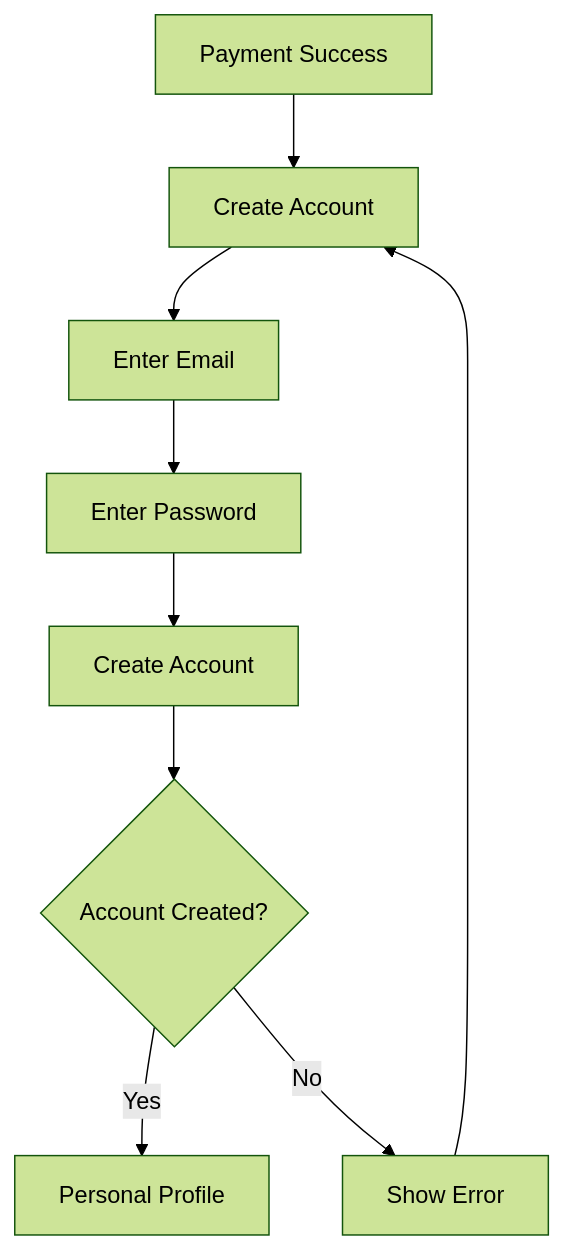
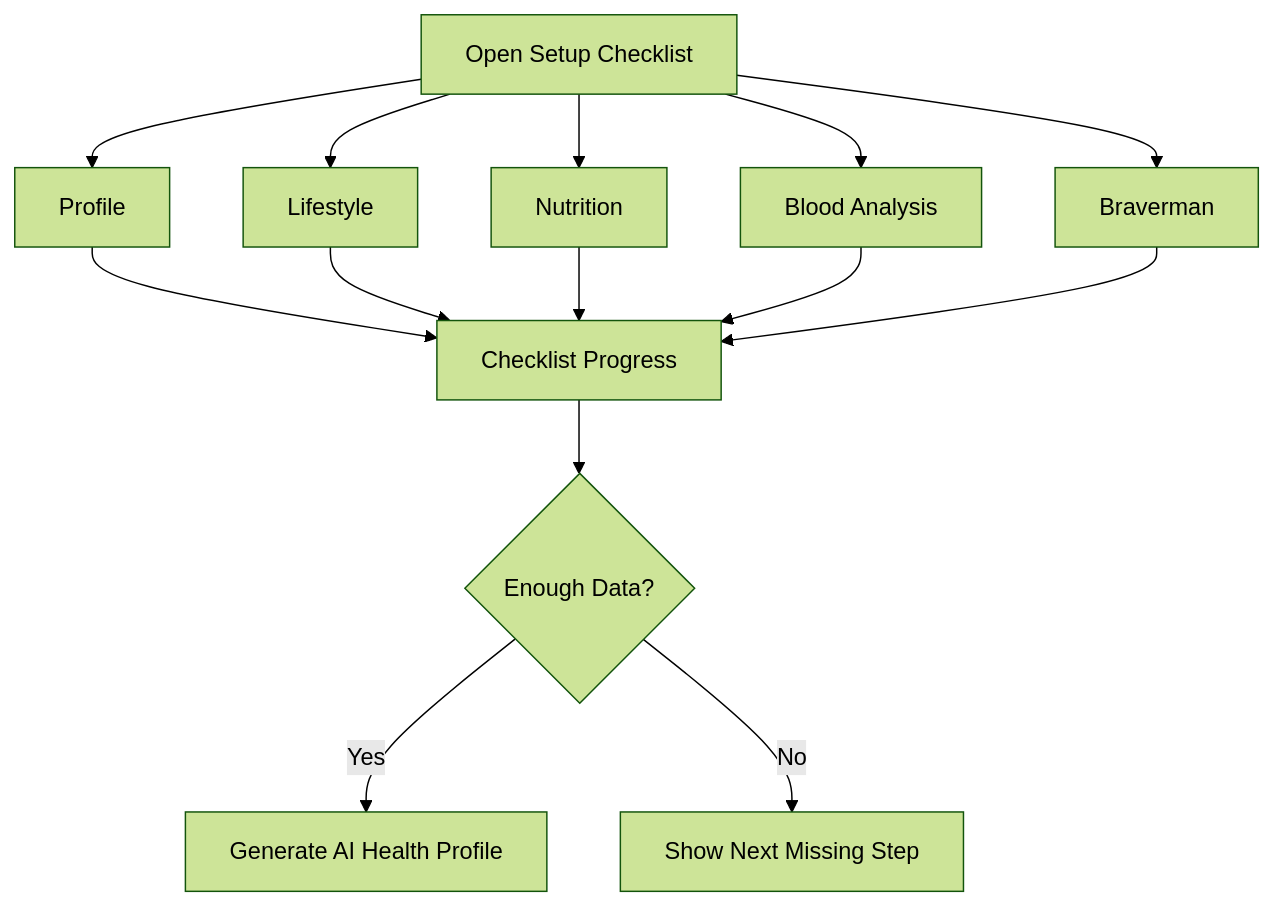
The fourth of 20 diagrams in docs/USER_FLOW.md (Yaroslavkukin/HealthCoach), drawn with Mermaid (forest theme) before and after one commit. The commit also changed other lines of this file and 20 other files, not shown here.

````diff
--- a/docs/USER_FLOW.md
+++ b/docs/USER_FLOW.md
@@ -314,11 +181,16 @@
 ```mermaid
 flowchart TD
-    A[Payment Success] --> B[Create Account]
-    B --> C[Enter Email]
-    C --> D[Enter Password]
-    D --> E[Create Account]
-    E --> F{Account Created?}
-    F -->|Yes| G[Personal Profile]
-    F -->|No| H[Show Error]
-    H --> B
+    A[Open Setup Checklist] --> B[Profile]
+    A --> C[Lifestyle]
+    A --> D[Nutrition]
+    A --> E[Blood Analysis]
+    A --> F[Braverman]
+    B --> G[Checklist Progress]
+    C --> G
+    D --> G
+    E --> G
+    F --> G
+    G --> H{Enough Data?}
+    H -->|Yes| I[Generate AI Health Profile]
+    H -->|No| J[Show Next Missing Step]
 ```
````
